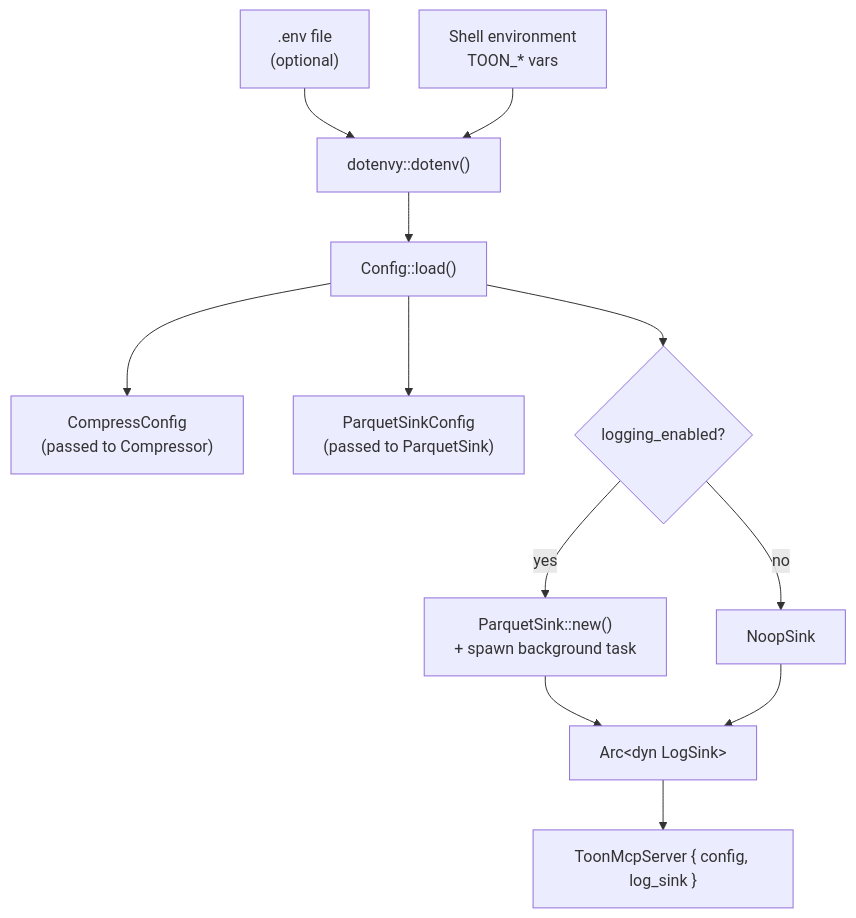
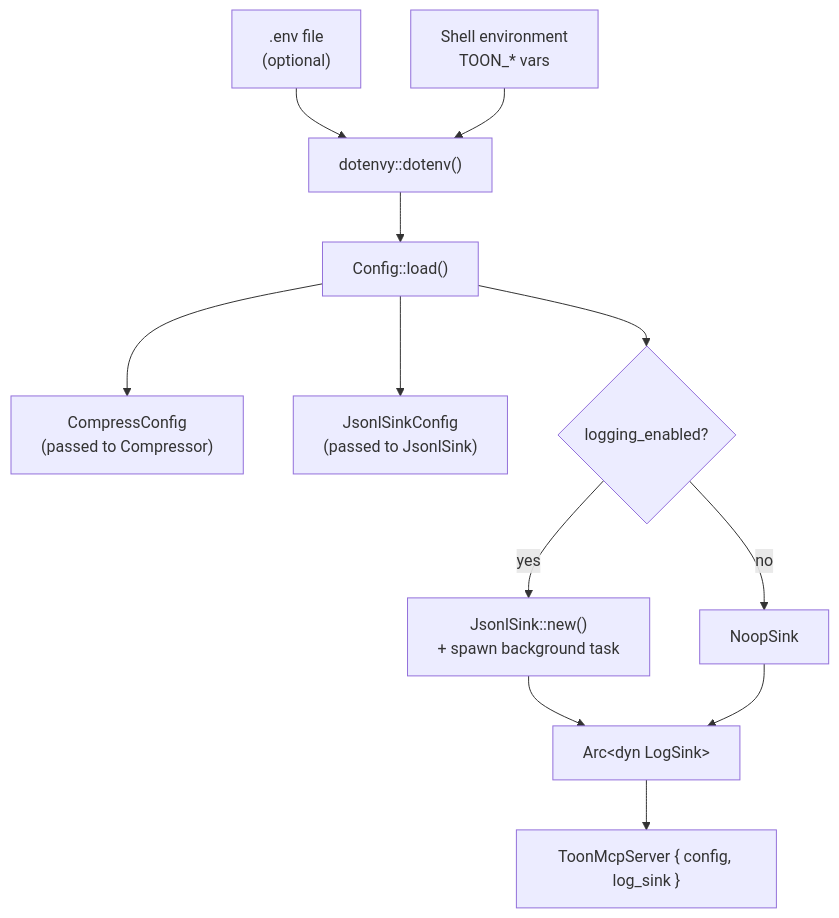
One commit to cipher-rc5/toon-mcp changed the fifth of 6 diagrams in docs/architecture.md. Above: the diagram before and after it, drawn with Mermaid. The commit also changed other lines of this file and 3 other files, not shown here.

First line of the commit message:
docs: update architecture, configuration, logging, and testing docs

````diff
--- a/docs/architecture.md
+++ b/docs/architecture.md
@@ -141,14 +141,14 @@
 ```mermaid
 flowchart TD
     EnvFile[".env file<br/>(optional)"] --> Dotenvy["dotenvy::dotenv()"]
     EnvVars["Shell environment<br/>TOON_* vars"] --> Dotenvy
     Dotenvy --> Config["Config::load()"]
     Config --> CompressConfig["CompressConfig<br/>(passed to Compressor)"]
-    Config --> ParquetSinkConfig["ParquetSinkConfig<br/>(passed to ParquetSink)"]
+    Config --> JsonlSinkConfig["JsonlSinkConfig<br/>(passed to JsonlSink)"]
     Config --> LogEnabled{"logging_enabled?"}
-    LogEnabled -- yes --> ParquetSink["ParquetSink::new()\n+ spawn background task"]
+    LogEnabled -- yes --> JsonlSink["JsonlSink::new()\n+ spawn background task"]
     LogEnabled -- no --> NoopSink["NoopSink"]
-    ParquetSink --> ArcSink["Arc&lt;dyn LogSink&gt;"]
+    JsonlSink --> ArcSink["Arc&lt;dyn LogSink&gt;"]
     NoopSink --> ArcSink
     ArcSink --> ToonMcpServer["ToonMcpServer { config, log_sink }"]
 ```
````
